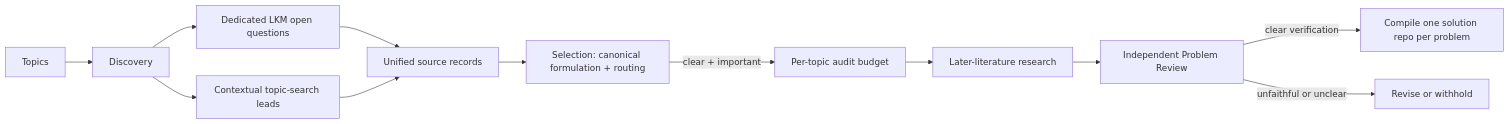
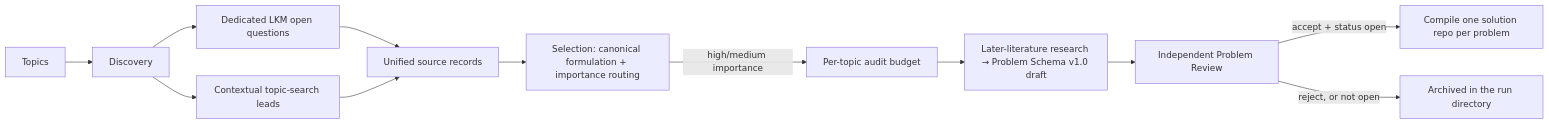
Before and after one commit to kunyuan/open-research-discovery: the diagram in docs/discovery-pipeline.md, drawn with Mermaid. The commit also changed other lines of this file and 35 other files, not shown here.

````diff
--- a/docs/discovery-pipeline.md
+++ b/docs/discovery-pipeline.md
@@ -7,14 +7,14 @@
 ```mermaid
 flowchart LR
     T["Topics"] --> D["Discovery"]
     D --> L["Dedicated LKM open questions"]
     D --> Q["Contextual topic-search leads"]
     L --> U["Unified source records"]
     Q --> U
-    U --> C["Selection: canonical formulation + routing"]
-    C -->|"clear + important"| B["Per-topic audit budget"]
-    B --> R["Later-literature research"]
+    U --> C["Selection: canonical formulation + importance routing"]
+    C -->|"high/medium importance"| B["Per-topic audit budget"]
+    B --> R["Later-literature research → Problem Schema v1.0 draft"]
     R --> V["Independent Problem Review"]
-    V -->|"clear verification"| G["Compile one solution repo per problem"]
-    V -->|"unfaithful or unclear"| X["Revise or withhold"]
+    V -->|"accept + status open"| G["Compile one solution repo per problem"]
+    V -->|"reject, or not open"| X["Archived in the run directory"]
 ```
````
